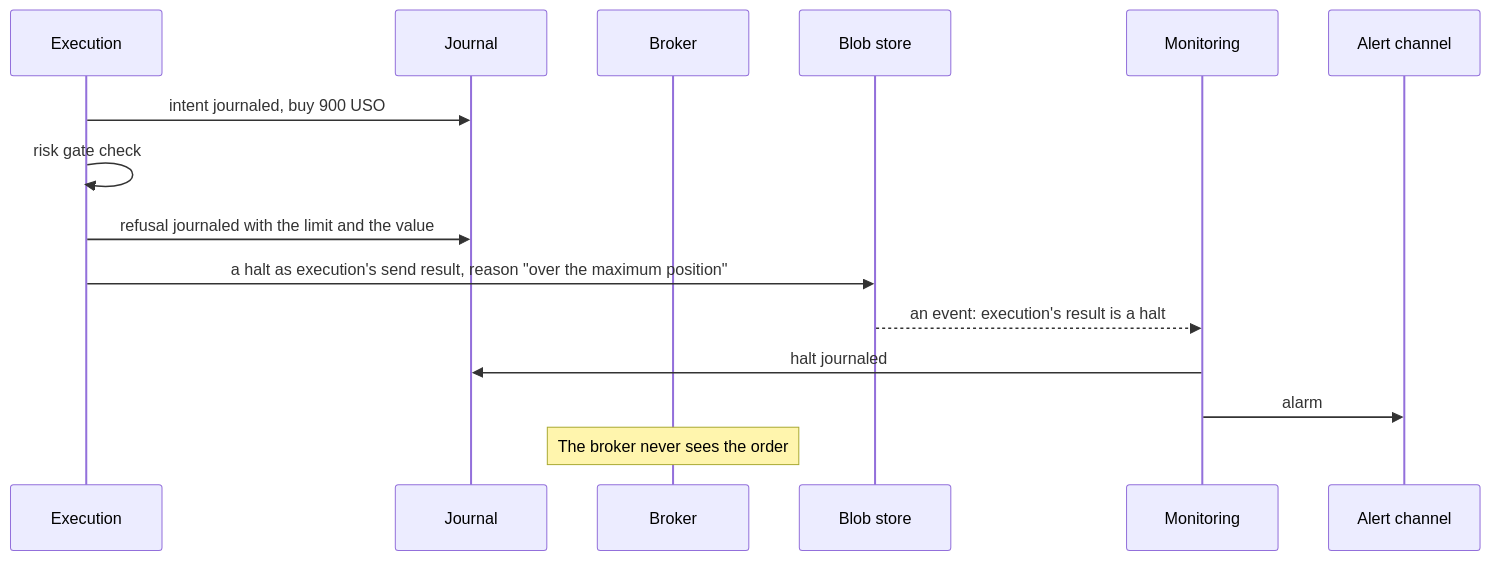
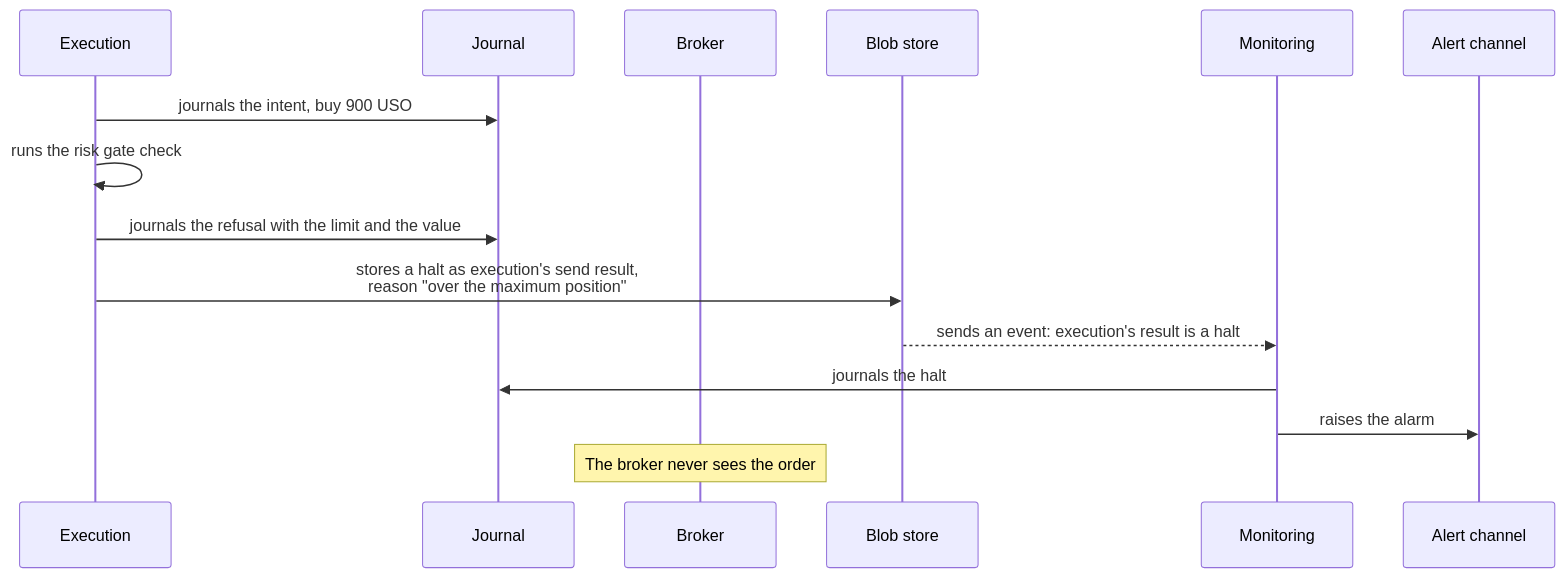
One commit to l3a0/ithildin-runtime changed diagram 23 of 35 in docs/architecture.md. Above: the diagram before and after it, drawn with Mermaid. The commit also changed other lines of this file and 2 other files, not shown here.

First line of the commit message:
docs: restyle the words in the Mermaid diagrams

````diff
--- a/docs/architecture.md
+++ b/docs/architecture.md
@@ -1303,18 +1303,18 @@
 ```mermaid
 sequenceDiagram
     participant X as Execution
     participant J as Journal
     participant B as Broker
     participant F as Blob store
     participant M as Monitoring
     participant L as Alert channel
 
-    X->>J: intent journaled, buy 900 USO
-    X->>X: risk gate check
-    X->>J: refusal journaled with the limit and the value
-    X->>F: a halt as execution's send result, reason "over the maximum position"
-    F-->>M: an event: execution's result is a halt
-    M->>J: halt journaled
-    M->>L: alarm
+    X->>J: journals the intent, buy 900 USO
+    X->>X: runs the risk gate check
+    X->>J: journals the refusal with the limit and the value
+    X->>F: stores a halt as execution's send result,<br/>reason "over the maximum position"
+    F-->>M: sends an event: execution's result is a halt
+    M->>J: journals the halt
+    M->>L: raises the alarm
     Note over B: The broker never sees the order
 ```
````
